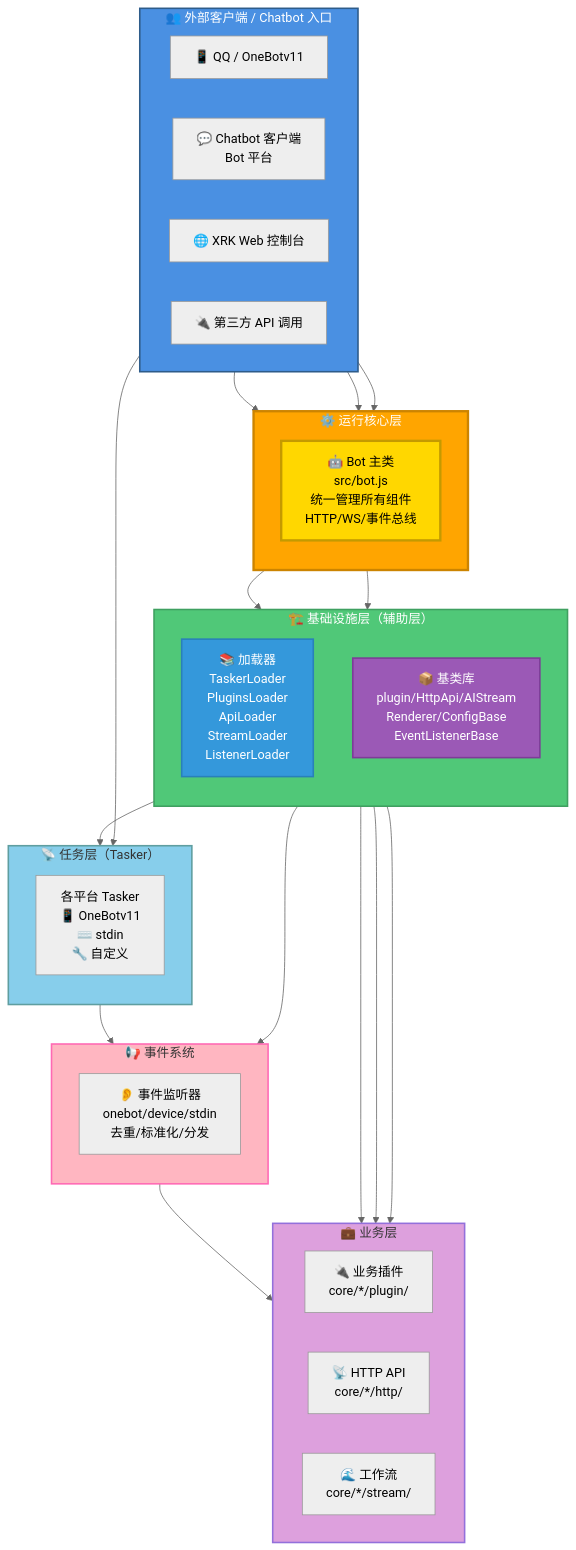
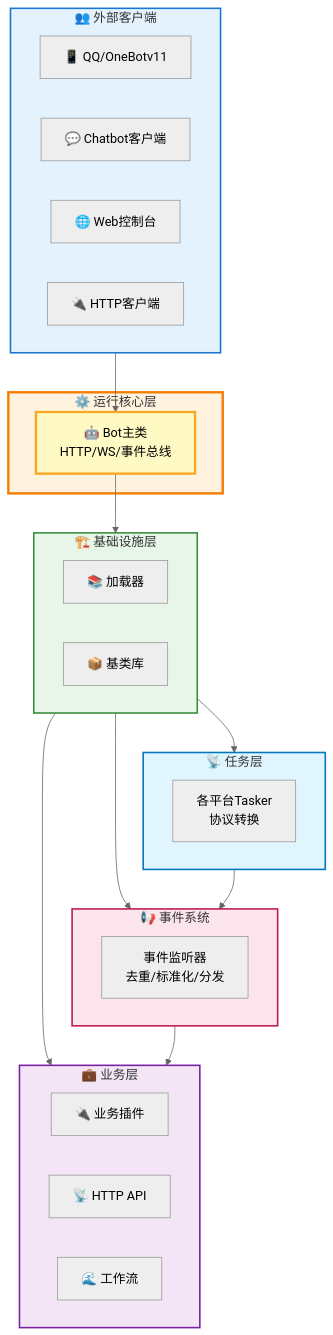
The diagram in docs/README.md (sunflowermm/XRK-AGT), drawn with Mermaid (neutral theme) before and after one commit. The commit also changed other lines of this file and 19 other files, not shown here.

````diff
--- a/docs/README.md
+++ b/docs/README.md
@@ -21,63 +21,48 @@
 ```mermaid
 flowchart TB
-    subgraph Clients["👥 外部客户端 / Chatbot 入口"]
-        direction LR
-        QQ["📱 QQ / OneBotv11"]
-        ChatbotClient["💬 Chatbot 客户端<br/>Bot 平台"]
-        WebUI["🌐 XRK Web 控制台"]
-        ThirdAPI["🔌 第三方 API 调用"]
+    subgraph Clients["👥 外部客户端"]
+        QQ["📱 QQ/OneBotv11"]
+        Chatbot["💬 Chatbot客户端"]
+        WebUI["🌐 Web控制台"]
+        API["🔌 HTTP客户端"]
     end
 
     subgraph Runtime["⚙️ 运行核心层"]
-        direction TB
-        Bot["🤖 Bot 主类<br/>src/bot.js<br/>统一管理所有组件<br/>HTTP/WS/事件总线"]
+        Bot["🤖 Bot主类<br/>HTTP/WS/事件总线"]
     end
 
-    subgraph Infrastructure["🏗️ 基础设施层（辅助层）"]
-        direction TB
-        Loaders["📚 加载器<br/>TaskerLoader<br/>PluginsLoader<br/>ApiLoader<br/>StreamLoader<br/>ListenerLoader"]
-        BaseClasses["📦 基类库<br/>plugin/HttpApi/AIStream<br/>Renderer/ConfigBase<br/>EventListenerBase"]
+    subgraph Infrastructure["🏗️ 基础设施层"]
+        Loaders["📚 加载器"]
+        BaseClasses["📦 基类库"]
     end
 
-    subgraph Tasker["📡 任务层（Tasker）"]
-        direction TB
-        Taskers["各平台 Tasker<br/>📱 OneBotv11<br/>⌨️ stdin<br/>🔧 自定义"]
+    subgraph Tasker["📡 任务层"]
+        Taskers["各平台Tasker<br/>协议转换"]
     end
 
     subgraph Events["📢 事件系统"]
-        direction TB
-        Listeners["👂 事件监听器<br/>onebot/device/stdin<br/>去重/标准化/分发"]
+        Listeners["事件监听器<br/>去重/标准化/分发"]
     end
 
     subgraph Business["💼 业务层"]
-        direction LR
-        Plugins["🔌 业务插件<br/>core/*/plugin/"]
-        APIs["📡 HTTP API<br/>core/*/http/"]
-        Streams["🌊 工作流<br/>core/*/stream/"]
+        Plugins["🔌 业务插件"]
+        APIs["📡 HTTP API"]
+        Streams["🌊 工作流"]
     end
 
-    QQ --> Taskers
-    ChatbotClient --> Bot
-    WebUI --> Bot
-    ThirdAPI --> Bot
+    Clients --> Bot
+    Bot --> Infrastructure
+    Infrastructure --> Tasker
+    Infrastructure --> Events
+    Infrastructure --> Business
+    Tasker --> Events
+    Events --> Business
 
-    Bot --> Loaders
-    Bot --> BaseClasses
-    Loaders --> Taskers
-    Loaders --> Listeners
-    Loaders --> Plugins
-    Loaders --> APIs
-    Loaders --> Streams
-    Taskers --> Listeners
-    Listeners --> Plugins
-
-    style Clients fill:#4A90E2,stroke:#2E5C8A,stroke-width:2px,color:#fff
-    style Runtime fill:#FFA500,stroke:#CC8400,stroke-width:3px,color:#fff
-    style Infrastructure fill:#50C878,stroke:#3FA060,stroke-width:2px,color:#fff
-    style Tasker fill:#87CEEB,stroke:#5F9EA0,stroke-width:2px
-    style Events fill:#FFB6C1,stroke:#FF69B4,stroke-width:2px
-    style Business fill:#DDA0DD,stroke:#9370DB,stroke-width:2px
-    style Bot fill:#FFD700,stroke:#C49A00,stroke-width:3px,color:#000
-    style Loaders fill:#3498DB,stroke:#2980B9,stroke-width:2px,color:#fff
-    style BaseClasses fill:#9B59B6,stroke:#7D3C98,stroke-width:2px,color:#fff
+    style Clients fill:#E3F2FD,stroke:#1976D2,stroke-width:2px
+    style Runtime fill:#FFF3E0,stroke:#F57C00,stroke-width:3px
+    style Infrastructure fill:#E8F5E9,stroke:#388E3C,stroke-width:2px
+    style Tasker fill:#E1F5FE,stroke:#0277BD,stroke-width:2px
+    style Events fill:#FCE4EC,stroke:#C2185B,stroke-width:2px
+    style Business fill:#F3E5F5,stroke:#7B1FA2,stroke-width:2px
+    style Bot fill:#FFF9C4,stroke:#F9A825,stroke-width:3px
 ```
````
